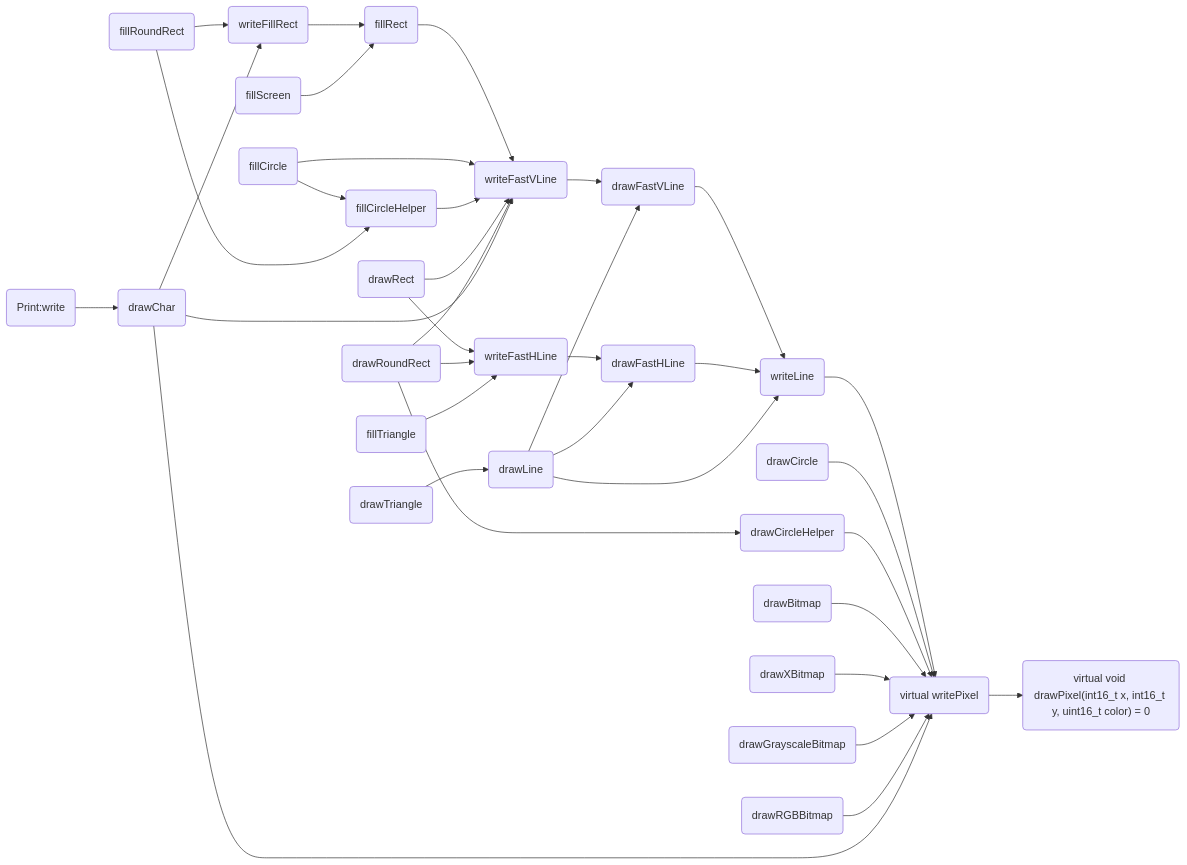
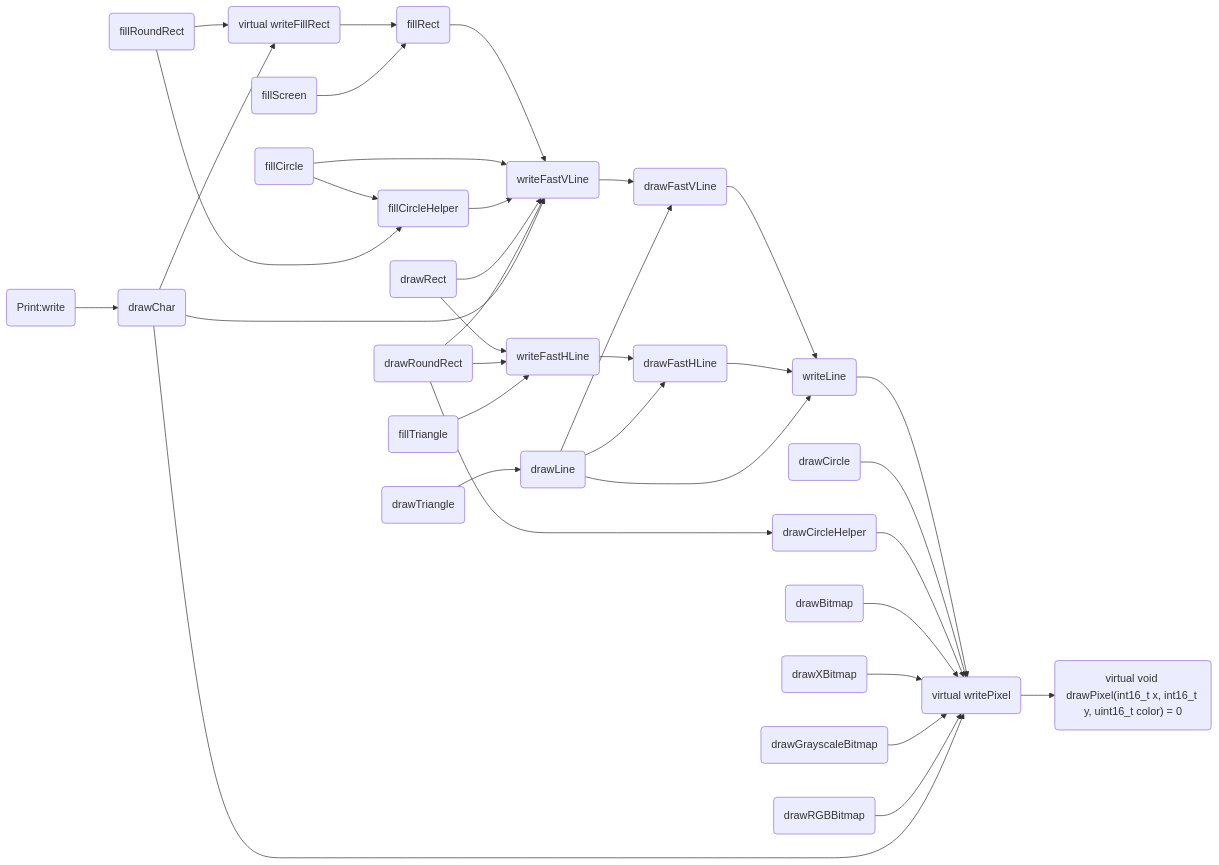
One commit to icodezhanglei/iodraw-files changed the diagram in all/未命名.md. Above: the diagram before and after it, drawn with Mermaid.

Commit message:
2024-09-13 18:53:23 update

````diff
--- a/all/未命名.md
+++ b/all/未命名.md
@@ -1,59 +1,59 @@
 ```mermaid
 flowchart LR
 
 drawPixel("virtual void drawPixel(int16_t x, int16_t y, uint16_t color) = 0")
 writePixel(virtual writePixel)
-writeFillRect(writeFillRect)
+writeFillRect(virtual writeFillRect)
 writeFastVLine(writeFastVLine)
 writeFastHLine(writeFastHLine)
 writeLine(writeLine)
 drawFastVLine(drawFastVLine)
 drawFastHLine(drawFastHLine)
 fillRect(fillRect)
 fillScreen(fillScreen)
 drawLine(drawLine)
 drawRect(drawRect)
 drawCircle(drawCircle)
 drawCircleHelper(drawCircleHelper)
 fillCircle(fillCircle)
 fillCircleHelper(fillCircleHelper)
 drawTriangle(drawTriangle)
 fillTriangle(fillTriangle)
 drawRoundRect(drawRoundRect)
 fillRoundRect(fillRoundRect)
 drawBitmap(drawBitmap)
 drawXBitmap(drawXBitmap)
 drawGrayscaleBitmap(drawGrayscaleBitmap)
 drawRGBBitmap(drawRGBBitmap)
 drawChar(drawChar)
 write(Print:write)
 
 
 writeLine --> writePixel --> drawPixel
 
 writeFastVLine --> drawFastVLine
 drawFastVLine --> writeLine
 
 writeFastHLine --> drawFastHLine
 drawFastHLine --> writeLine
 
 writeFillRect --> fillRect --> writeFastVLine
 
 fillScreen --> fillRect
 drawLine --> drawFastVLine & drawFastHLine &  writeLine
 drawCircle -->  writePixel
 drawCircleHelper --> writePixel
 fillCircle --> writeFastVLine & fillCircleHelper
 fillCircleHelper --> writeFastVLine
 drawRect --> writeFastHLine & writeFastVLine
 drawRoundRect --> writeFastHLine & writeFastVLine & drawCircleHelper
 fillRoundRect -->  writeFillRect & fillCircleHelper
 drawTriangle --> drawLine
 fillTriangle --> writeFastHLine
 drawBitmap -->  writePixel
 drawXBitmap -->  writePixel
 drawGrayscaleBitmap -->  writePixel
 drawRGBBitmap --> writePixel
 drawChar --> writePixel & writeFillRect & writeFastVLine
 write --> drawChar
 ```
````
